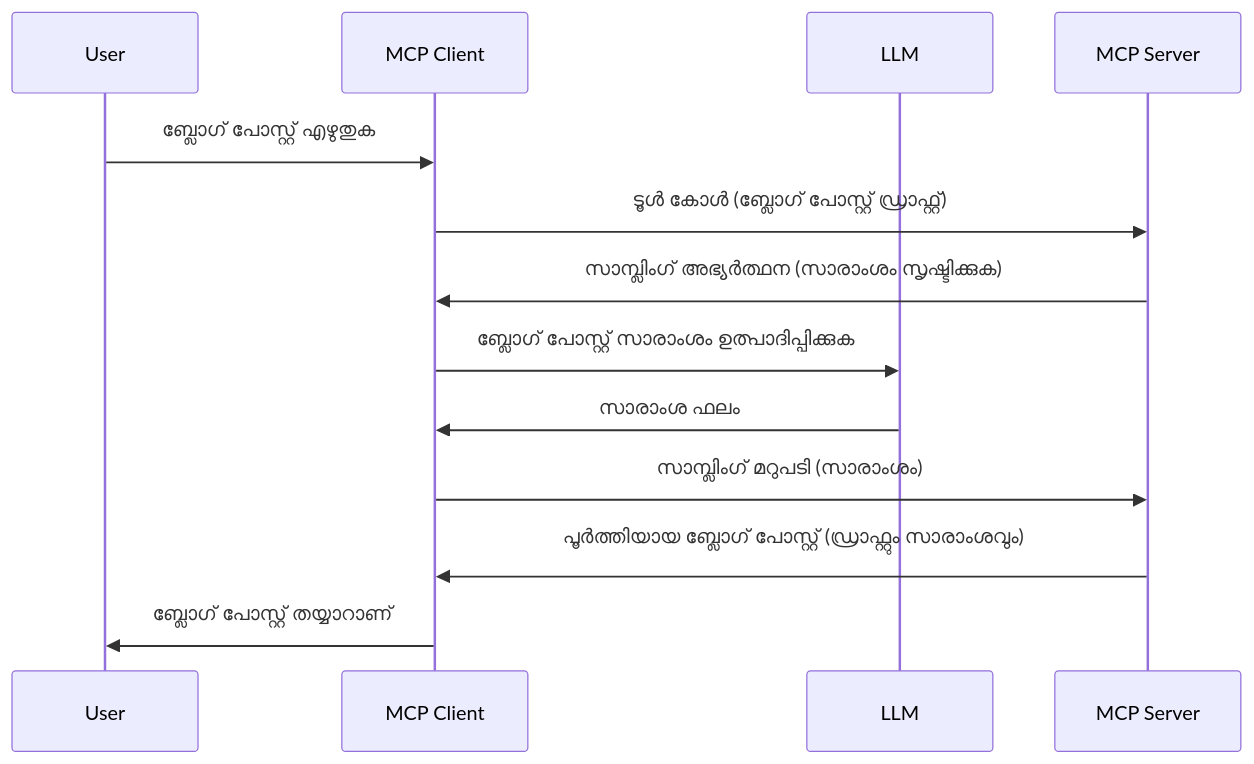
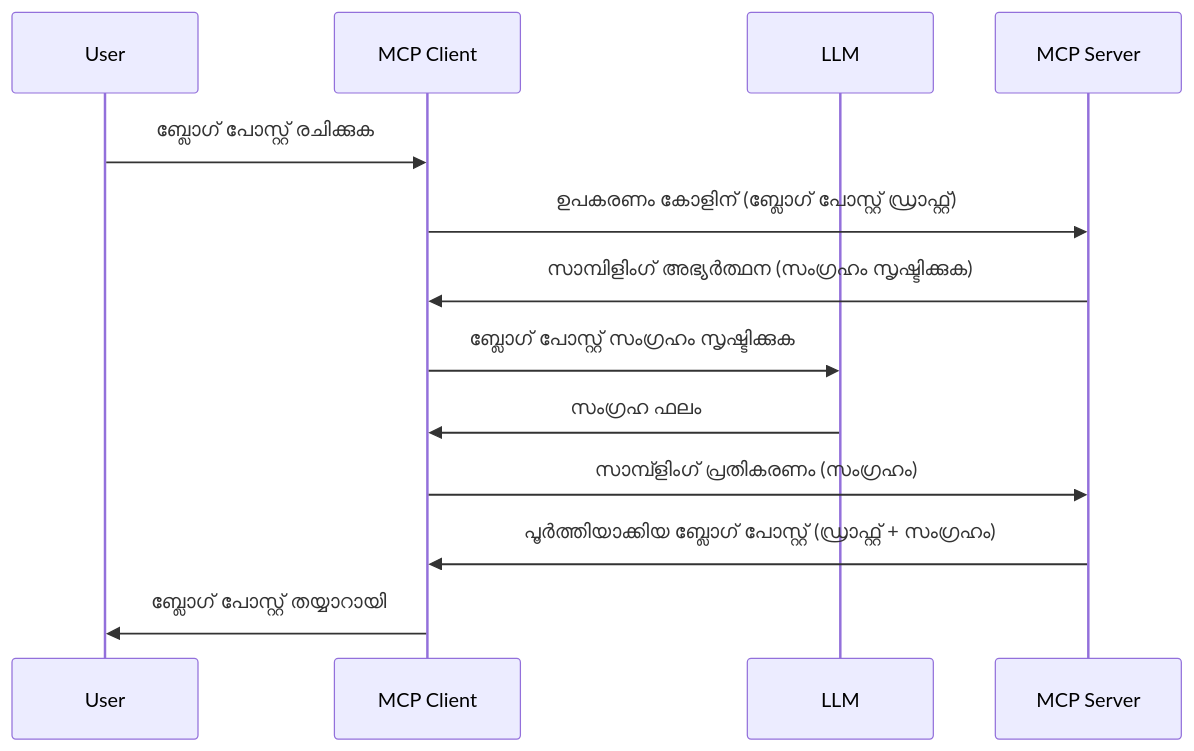
One commit to HIDORAKAI002/ai-workspace-archive changed the diagram in mcp_ecosystem__model_context_protocol/mcp_learning_resources/mcp-for-beginners/translations/ml/03-GettingStarted/14-sampling/README.md. Above: the diagram before and after it, drawn with Mermaid. The commit also changed other lines of this file and 1160 other files, not shown here.

````diff
--- a/mcp_ecosystem__model_context_protocol/mcp_learning_resources/mcp-for-beginners/translations/ml/03-GettingStarted/14-sampling/README.md
+++ b/mcp_ecosystem__model_context_protocol/mcp_learning_resources/mcp-for-beginners/translations/ml/03-GettingStarted/14-sampling/README.md
@@ -23,16 +23,16 @@
 ```mermaid
 sequenceDiagram
     participant User
     participant MCP Client
     participant LLM
     participant MCP Server
 
-    User->>MCP Client: ബ്ലോഗ് പോസ്റ്റ് എഴുതുക
-    MCP Client->>MCP Server: ടൂൾ കോൾ (ബ്ലോഗ് പോസ്റ്റ് ഡ്രാഫ്റ്റ്)
-    MCP Server->>MCP Client: സാമ്പ്ലിംഗ് അഭ്യർത്ഥന (സാരാംശം സൃഷ്ടിക്കുക)
-    MCP Client->>LLM: ബ്ലോഗ് പോസ്റ്റ് സാരാംശം ഉത്പാദിപ്പിക്കുക
-    LLM->>MCP Client: സാരാംശ ഫലം
-    MCP Client->>MCP Server: സാമ്പ്ലിംഗ് മറുപടി (സാരാംശം)
-    MCP Server->>MCP Client: പൂർത്തിയായ ബ്ലോഗ് പോസ്റ്റ് (ഡ്രാഫ്റ്റും സാരാംശവും)
-    MCP Client->>User: ബ്ലോഗ് പോസ്റ്റ് തയ്യാറാണ്
+    User->>MCP Client: ബ്ലോഗ് പോസ്റ്റ് രചിക്കുക
+    MCP Client->>MCP Server: ഉപകരണം കോളിന് (ബ്ലോഗ് പോസ്റ്റ് ഡ്രാഫ്റ്റ്)
+    MCP Server->>MCP Client: സാമ്പിളിംഗ് അഭ്യർത്ഥന (സംഗ്രഹം സൃഷ്ടിക്കുക)
+    MCP Client->>LLM: ബ്ലോഗ് പോസ്റ്റ് സംഗ്രഹം സൃഷ്ടിക്കുക
+    LLM->>MCP Client: സംഗ്രഹ ഫലം
+    MCP Client->>MCP Server: സാമ്പ്ളിംഗ് പ്രതികരണം (സംഗ്രഹം)
+    MCP Server->>MCP Client: പൂർത്തിയാക്കിയ ബ്ലോഗ് പോസ്റ്റ് (ഡ്രാഫ്റ്റ് + സംഗ്രഹം)
+    MCP Client->>User: ബ്ലോഗ് പോസ്റ്റ് തയ്യാറായി
 ```
````
